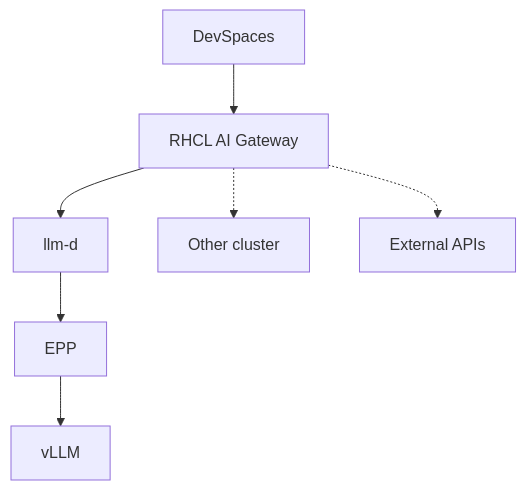
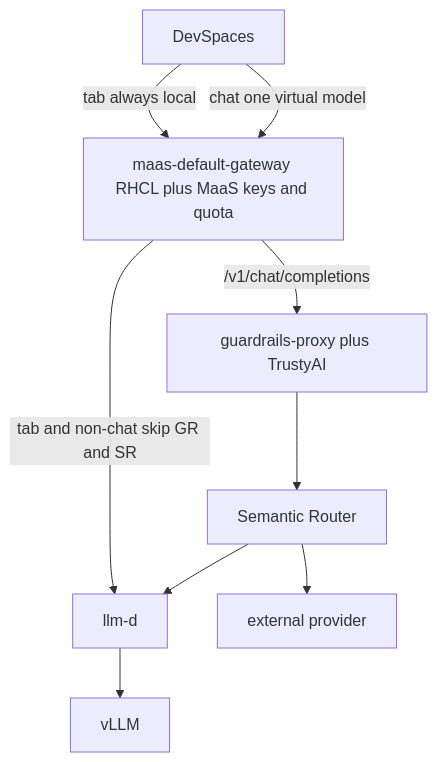
Before and after one commit to rh-ai-quickstart/private-coding-assistant: the diagram in docs/architecture.md, drawn with Mermaid. The commit also changed other lines of this file and 3 other files, not shown here.

Commit message:
Describe the MaaS front door and optional hops so architecture docs match the live request path.

````diff
--- a/docs/architecture.md
+++ b/docs/architecture.md
@@ -7,16 +7,18 @@
 ```mermaid
 flowchart TD
   IDE[DevSpaces]
-  RHCL[RHCL AI Gateway]
-  Local[llm-d]
-  Other[Other cluster]
-  Ext[External APIs]
-  EPP[EPP]
+  MaaS["maas-default-gateway RHCL plus MaaS keys and quota"]
+  GR[guardrails-proxy plus TrustyAI]
+  SR[Semantic Router]
+  LLMD[llm-d]
   VLLM[vLLM]
+  EXT[external provider]
 
-  IDE --> RHCL
-  RHCL --> Local
-  RHCL -.-> Other
-  RHCL -.-> Ext
-  Local --> EPP --> VLLM
+  IDE -->|"chat one virtual model"| MaaS
+  MaaS -->|"/v1/chat/completions"| GR
+  GR --> SR
+  SR --> LLMD --> VLLM
+  SR --> EXT
+  IDE -->|"tab always local"| MaaS
+  MaaS -->|"tab and non-chat skip GR and SR"| LLMD
 ```
````
